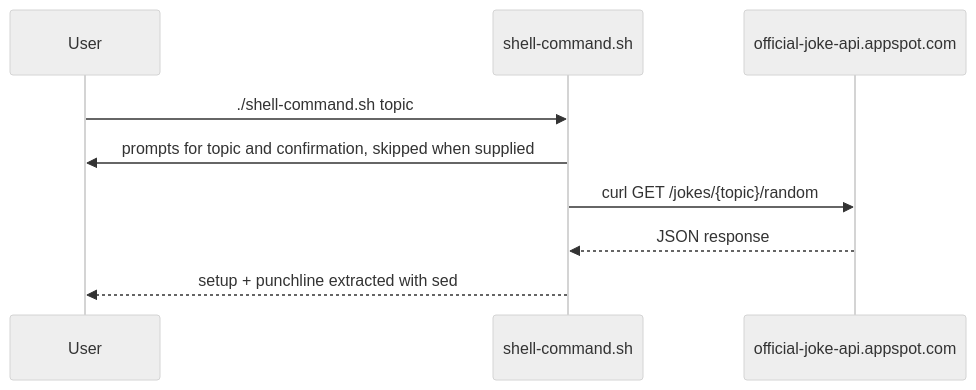
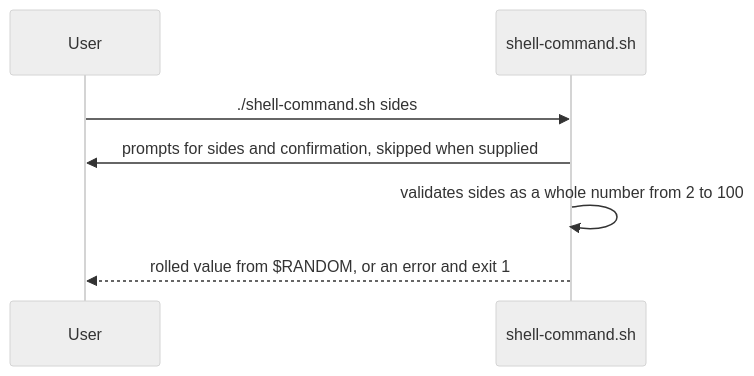
The fourth of 4 diagrams in docs/content/architecture/README.md (AlexSkrypnyk/scaffold), drawn with Mermaid (neutral theme) before and after one commit. The commit also changed other lines of this file and 72 other files, not shown here.

Commit message:
Replaced the joke example with an offline 'roll-dice' command and dice-rolling shell script. (#687)

````diff
--- a/docs/content/architecture/README.md
+++ b/docs/content/architecture/README.md
@@ -98,12 +97,10 @@
 ```mermaid
 %% Traced from: shell-command.sh.
 sequenceDiagram
     participant User
     participant Script as shell-command.sh
-    participant API as official-joke-api.appspot.com
-    User->>Script: ./shell-command.sh topic
-    Script->>User: prompts for topic and confirmation, skipped when supplied
-    Script->>API: curl GET /jokes/{topic}/random
-    API-->>Script: JSON response
-    Script-->>User: setup + punchline extracted with sed
+    User->>Script: ./shell-command.sh sides
+    Script->>User: prompts for sides and confirmation, skipped when supplied
+    Script->>Script: validates sides as a whole number from 2 to 100
+    Script-->>User: rolled value from $RANDOM, or an error and exit 1
 ```
````
